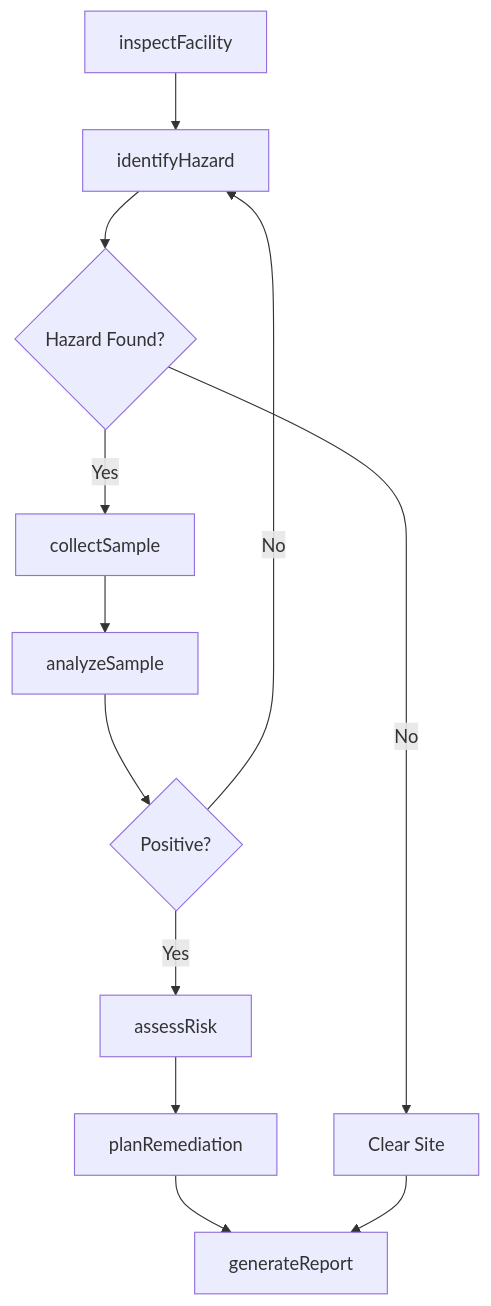
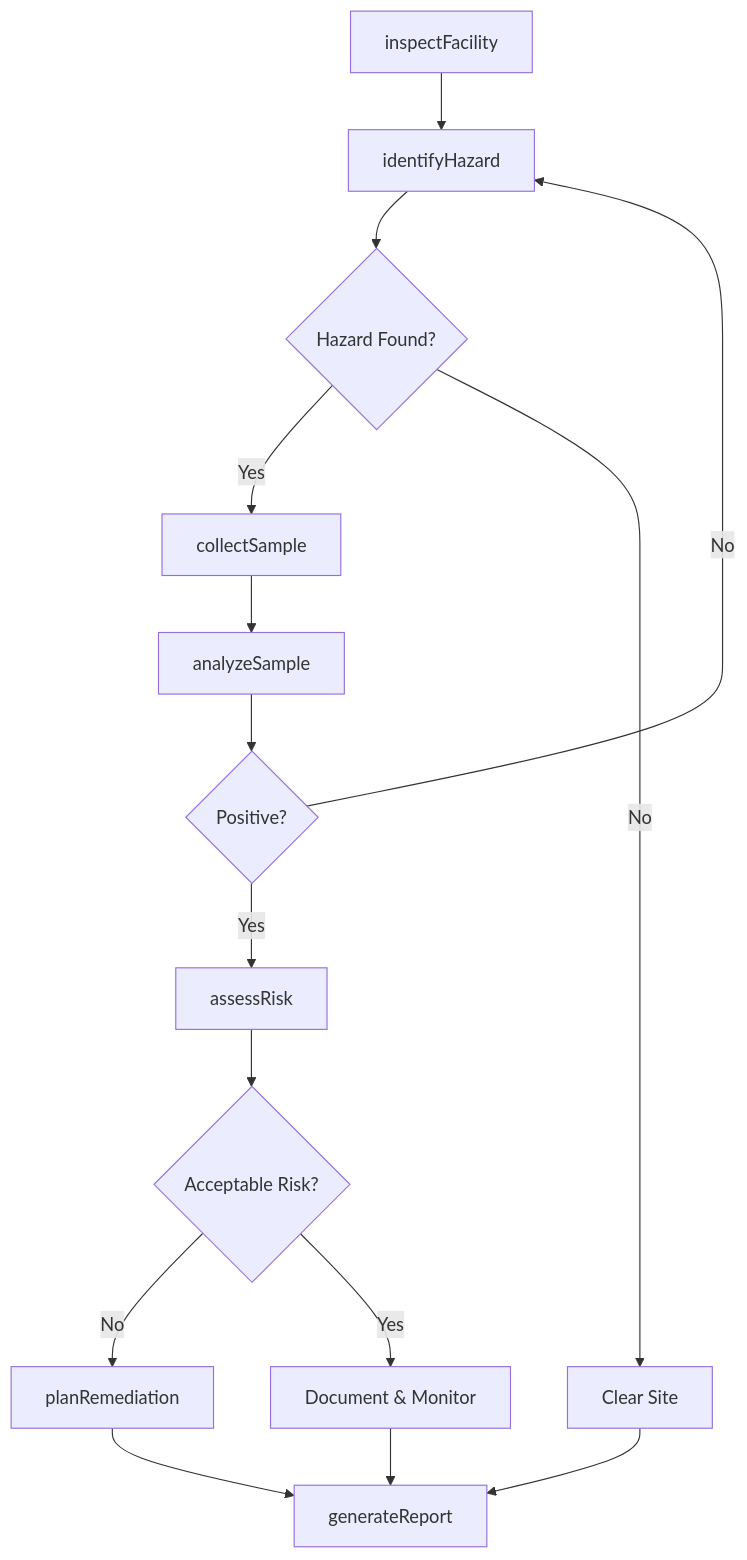
Before and after one commit to dot-org-ai/tasks.org.ai: the third of 4 diagrams in InspectingEquipmentStructuresOrMaterials/TestSitesOrMaterialsForEnvironmentalHazards/TestFacilitiesEnvironmentalHazards.mdx, drawn with Mermaid. The commit also changed other lines of this file and 504 other files, not shown here.

First line of the commit message:
feat: Add ER diagrams, state diagrams, and workflow improvements to 96 DWA task files

````diff
--- a/InspectingEquipmentStructuresOrMaterials/TestSitesOrMaterialsForEnvironmentalHazards/TestFacilitiesEnvironmentalHazards.mdx
+++ b/InspectingEquipmentStructuresOrMaterials/TestSitesOrMaterialsForEnvironmentalHazards/TestFacilitiesEnvironmentalHazards.mdx
@@ -87,14 +119,17 @@
 ```mermaid
 graph TD
     A[inspectFacility] --> B[identifyHazard]
     B --> C{Hazard Found?}
     C -->|Yes| D[collectSample]
     C -->|No| E[Clear Site]
     D --> F[analyzeSample]
     F --> G{Positive?}
     G -->|Yes| H[assessRisk]
     G -->|No| B
-    H --> I[planRemediation]
-    I --> J[generateReport]
-    E --> J
+    H --> I{Acceptable Risk?}
+    I -->|No| J[planRemediation]
+    I -->|Yes| K[Document & Monitor]
+    J --> L[generateReport]
+    E --> L
+    K --> L
 ```
````
